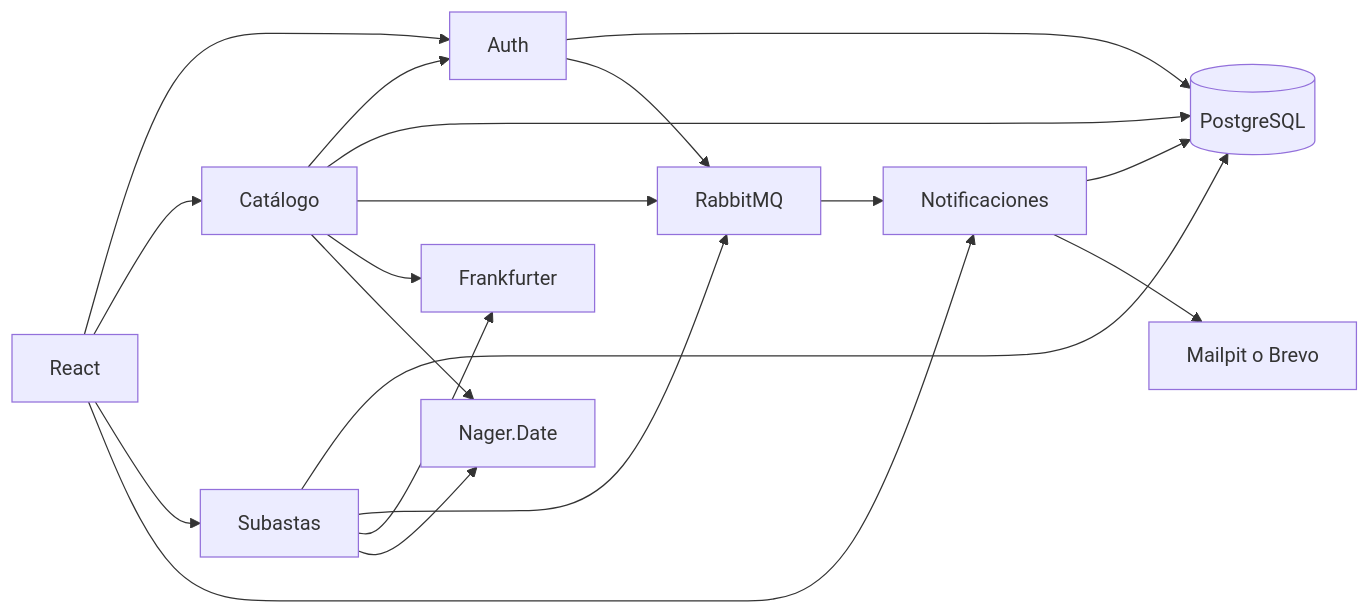
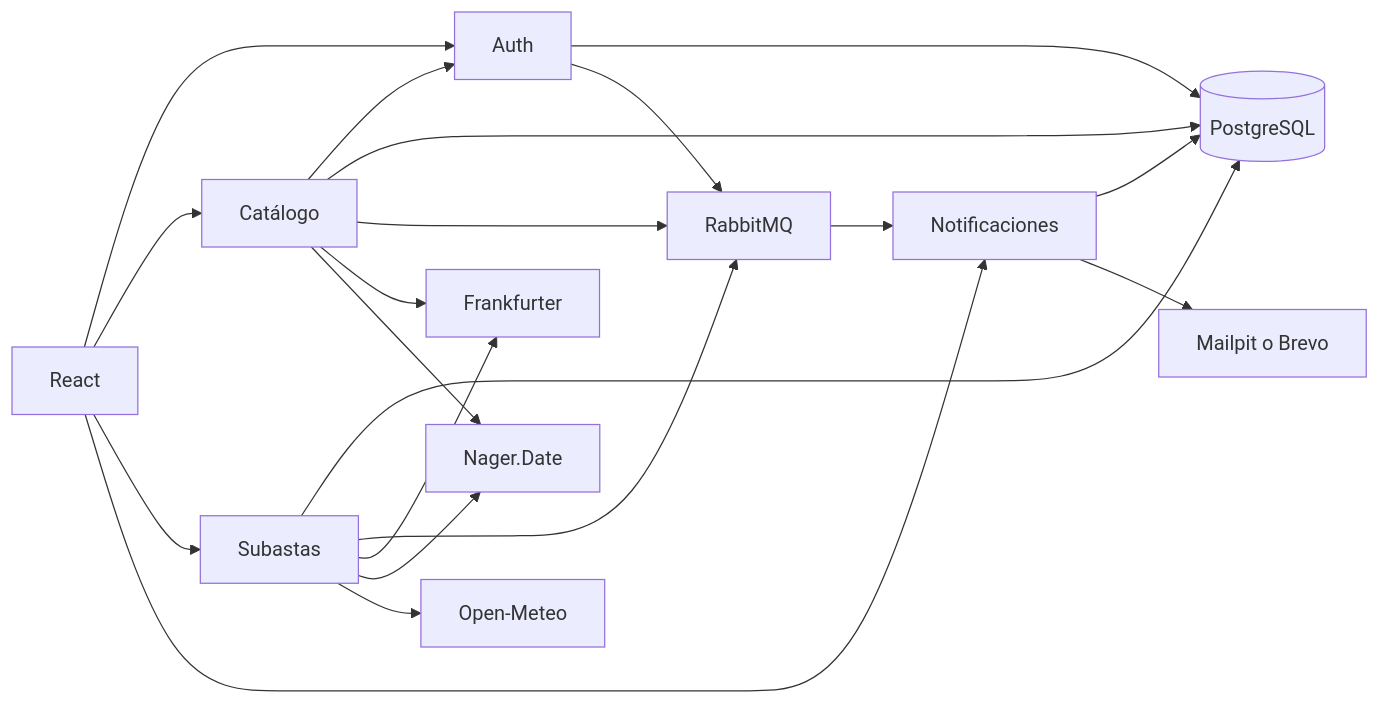
Before and after one commit to itzjuans25/VERTICE: the diagram in README.md, drawn with Mermaid. The commit also changed other lines of this file and 127 other files, not shown here.

````diff
--- a/README.md
+++ b/README.md
@@ -47,21 +51,22 @@
 ```mermaid
 flowchart LR
   UI[React] --> A[Auth]
   UI --> C[Catálogo]
   UI --> S[Subastas]
   UI --> N[Notificaciones]
   C --> A
   A --> PG[(PostgreSQL)]
   C --> PG
   S --> PG
   A --> MQ[RabbitMQ]
   C --> MQ
   S --> MQ
   MQ --> N[Notificaciones]
   N --> PG
   N --> SMTP[Mailpit o Brevo]
   C --> FX[Frankfurter]
   C --> F[Nager.Date]
   S --> FX
   S --> F
+  S --> M[Open-Meteo]
 ```
````
